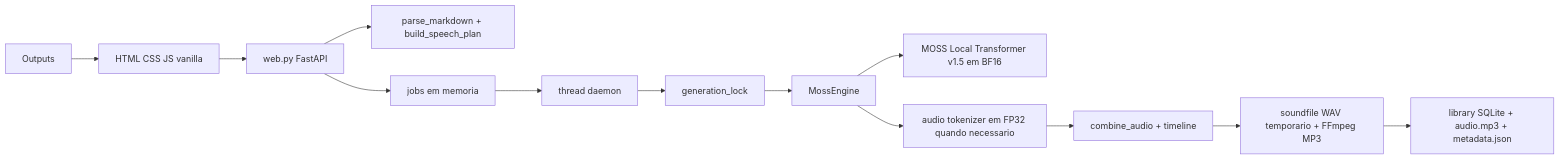
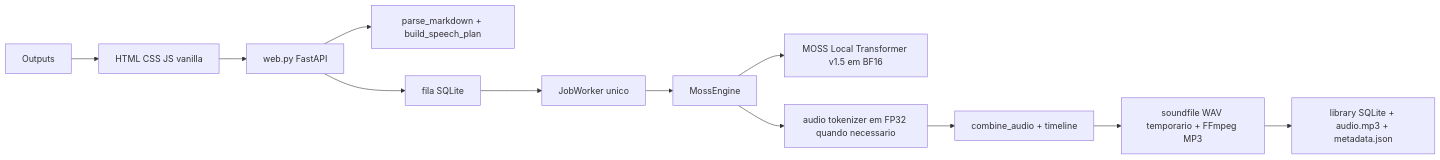
One commit to DanielCamposSantos/markdown-tts changed the first of 2 diagrams in docs/ARCHITECTURE.md. Above: the diagram before and after it, drawn with Mermaid. The commit also changed other lines of this file and 18 other files, not shown here.

Commit message:
feat: add persistent job queue and audio generation guard

````diff
--- a/docs/ARCHITECTURE.md
+++ b/docs/ARCHITECTURE.md
@@ -13,15 +13,14 @@
 ```mermaid
 flowchart LR
     Browser[HTML CSS JS vanilla] --> API[web.py FastAPI]
     API --> Plan[parse_markdown + build_speech_plan]
-    API --> Jobs[jobs em memoria]
-    Jobs --> Thread[thread daemon]
-    Thread --> Lock[generation_lock]
-    Lock --> Engine[MossEngine]
+    API --> Jobs[fila SQLite]
+    Jobs --> Worker[JobWorker unico]
+    Worker --> Engine[MossEngine]
     Engine --> Model[MOSS Local Transformer v1.5 em BF16]
     Engine --> Codec[audio tokenizer em FP32 quando necessario]
     Codec --> Assemble[combine_audio + timeline]
     Assemble --> IO[soundfile WAV temporario + FFmpeg MP3]
     IO --> Library[library SQLite + audio.mp3 + metadata.json]
     Outputs --> Browser
 ```
````
